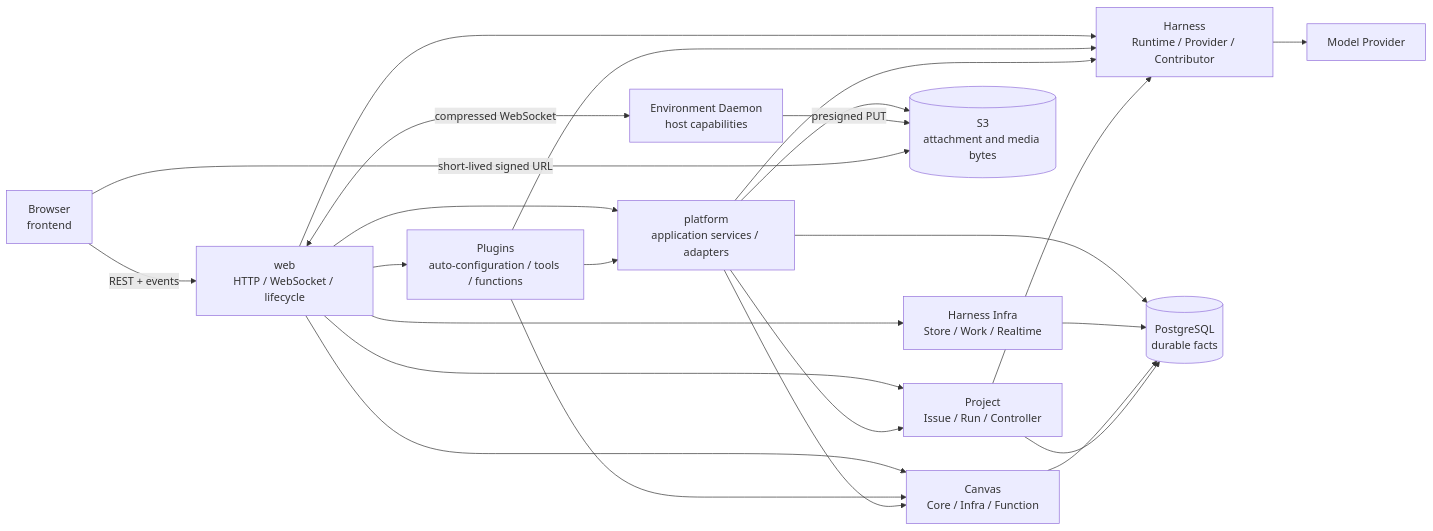
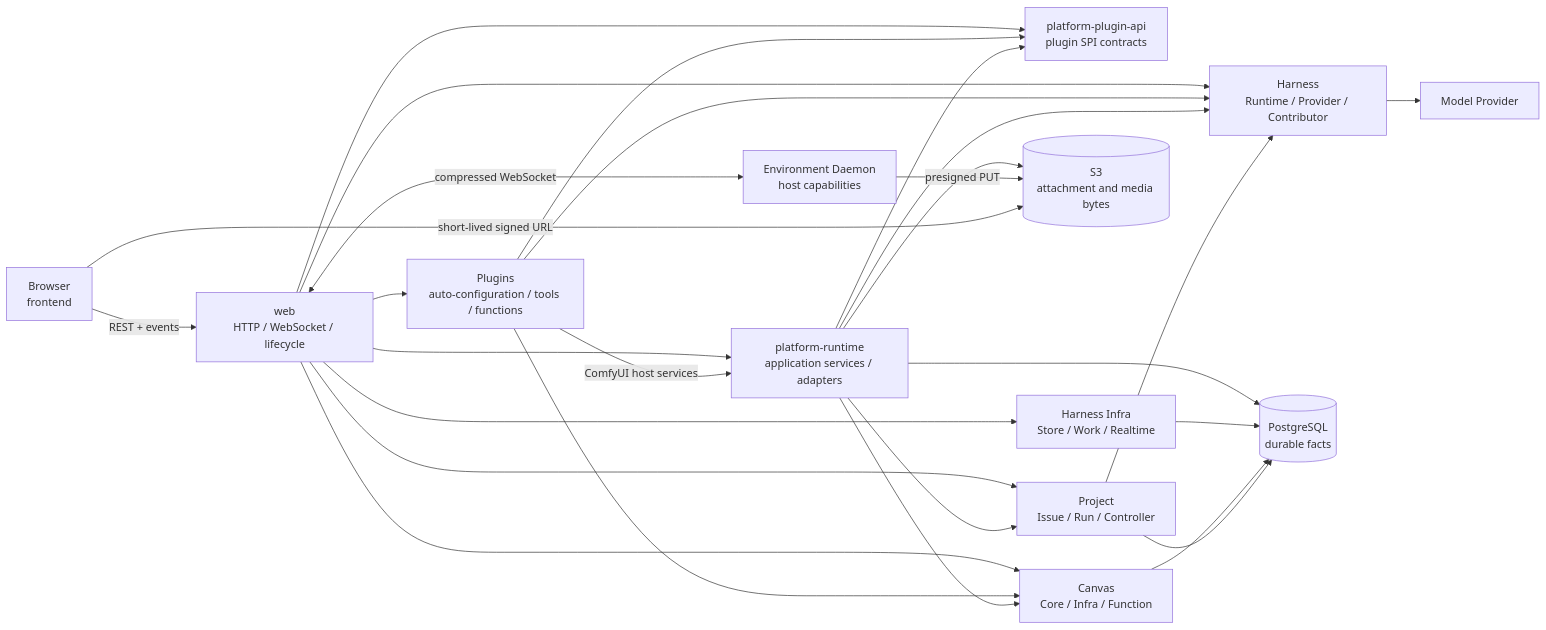
The diagram in docs/system-design.md (fengwk/kk-studio), drawn with Mermaid before and after one commit. The commit also changed other lines of this file and 709 other files, not shown here.

Commit message:
refactor: split Platform plugin contracts from host runtime

````diff
--- a/docs/system-design.md
+++ b/docs/system-design.md
@@ -24,39 +24,43 @@
 ```mermaid
 flowchart LR
     Browser["Browser<br/>frontend"]
     Web["web<br/>HTTP / WebSocket / lifecycle"]
-    Platform["platform<br/>application services / adapters"]
+    PlatformApi["platform-plugin-api<br/>plugin SPI contracts"]
+    PlatformRuntime["platform-runtime<br/>application services / adapters"]
     Harness["Harness<br/>Runtime / Provider / Contributor"]
     Plugins["Plugins<br/>auto-configuration / tools / functions"]
     Infra["Harness Infra<br/>Store / Work / Realtime"]
     Canvas["Canvas<br/>Core / Infra / Function"]
     Project["Project<br/>Issue / Run / Controller"]
     PG[("PostgreSQL<br/>durable facts")]
     S3[("S3<br/>attachment and media bytes")]
     Provider["Model Provider"]
     Daemon["Environment Daemon<br/>host capabilities"]
 
     Browser -->|REST + events| Web
-    Web --> Platform
+    Web --> PlatformRuntime
+    Web --> PlatformApi
     Web --> Harness
     Web --> Infra
     Web --> Canvas
     Web --> Project
     Web --> Plugins
-    Plugins --> Platform
+    Plugins --> PlatformApi
+    Plugins -->|ComfyUI host services| PlatformRuntime
     Plugins --> Harness
     Plugins --> Canvas
-    Platform --> Harness
-    Platform --> Canvas
-    Platform --> Project
+    PlatformRuntime --> PlatformApi
+    PlatformRuntime --> Harness
+    PlatformRuntime --> Canvas
+    PlatformRuntime --> Project
     Project --> Harness
-    Platform --> PG
-    Platform --> S3
+    PlatformRuntime --> PG
+    PlatformRuntime --> S3
     Infra --> PG
     Canvas --> PG
     Project --> PG
     Harness --> Provider
     Web <-->|compressed WebSocket| Daemon
     Daemon -->|presigned PUT| S3
     Browser -->|short-lived signed URL| S3
 ```
````
